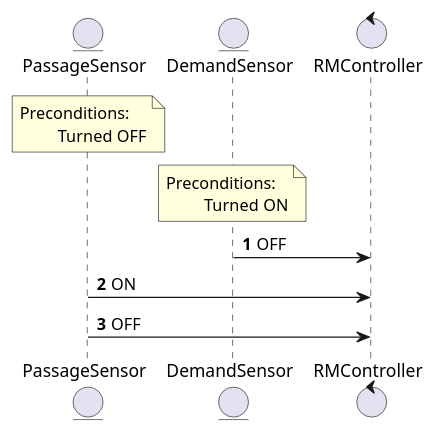
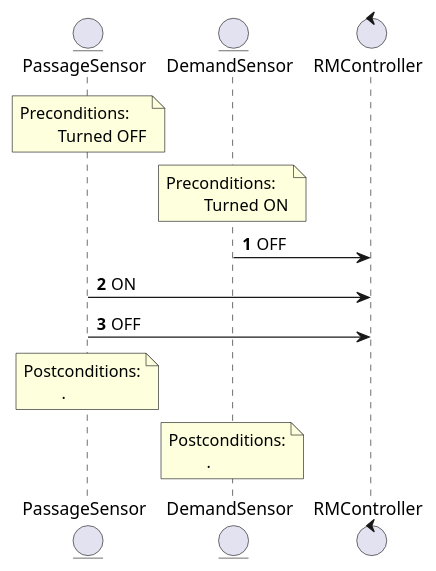
The diagram in 01_RequirementsChecking/sequence_diagram_req6.puml (MaksimKarnaukh/MoSIS), drawn with PlantUML before and after one commit. The commit also changed 2 other files, not shown here.

```diff
--- a/01_RequirementsChecking/sequence_diagram_req6.puml
+++ b/01_RequirementsChecking/sequence_diagram_req6.puml
@@ -1,18 +1,22 @@
 @startuml
 autonumber
 
 '6) The passage sensor can only be turned ON once a car leaves the demand
 'sensor shifting from ON to OFF. Another car can only turn the
 'passage sensor ON once it has been turned OFF (the previous car joined the mainline).
 
 entity PassageSensor as PS
 entity DemandSensor as DS
 control RMController as RMC
 
 note over PS : Preconditions:\n\t Turned OFF
 note over DS : Preconditions:\n\t Turned ON
+
 DS -> RMC : OFF
 PS -> RMC : ON
 PS -> RMC : OFF
 
+note over PS : Postconditions:\n\t .
+note over DS : Postconditions:\n\t .
+
 @enduml
```
